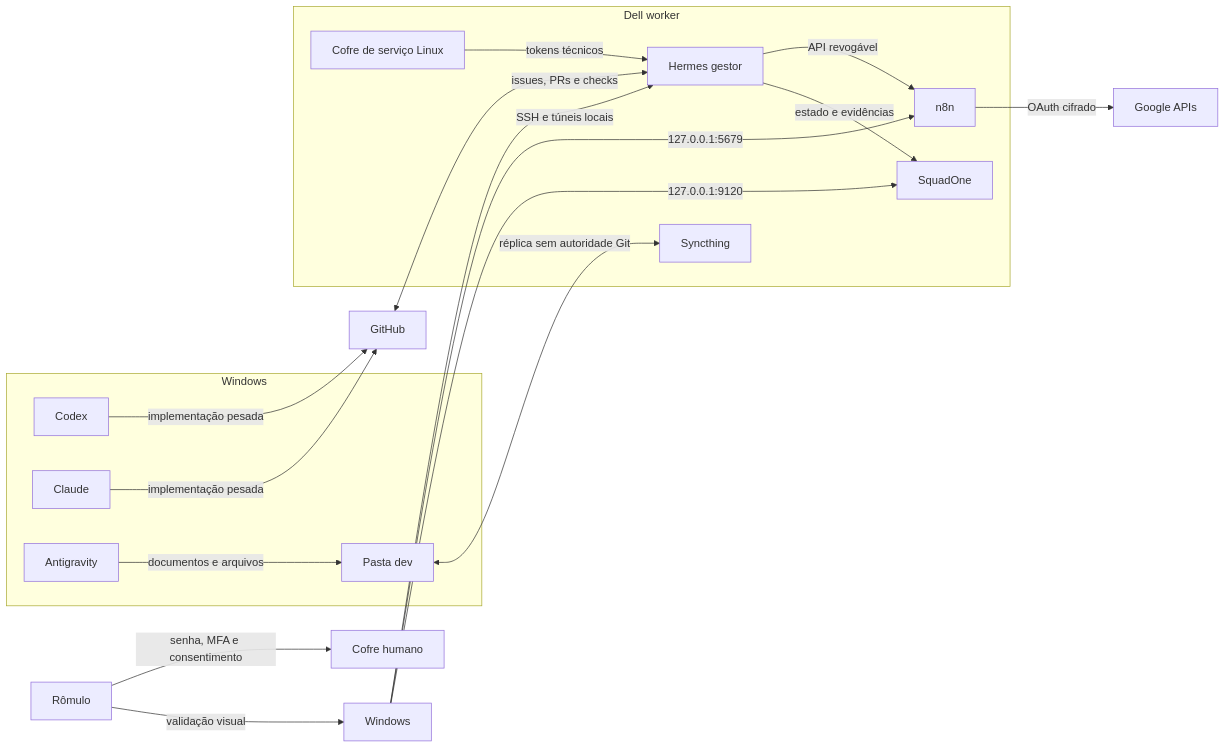
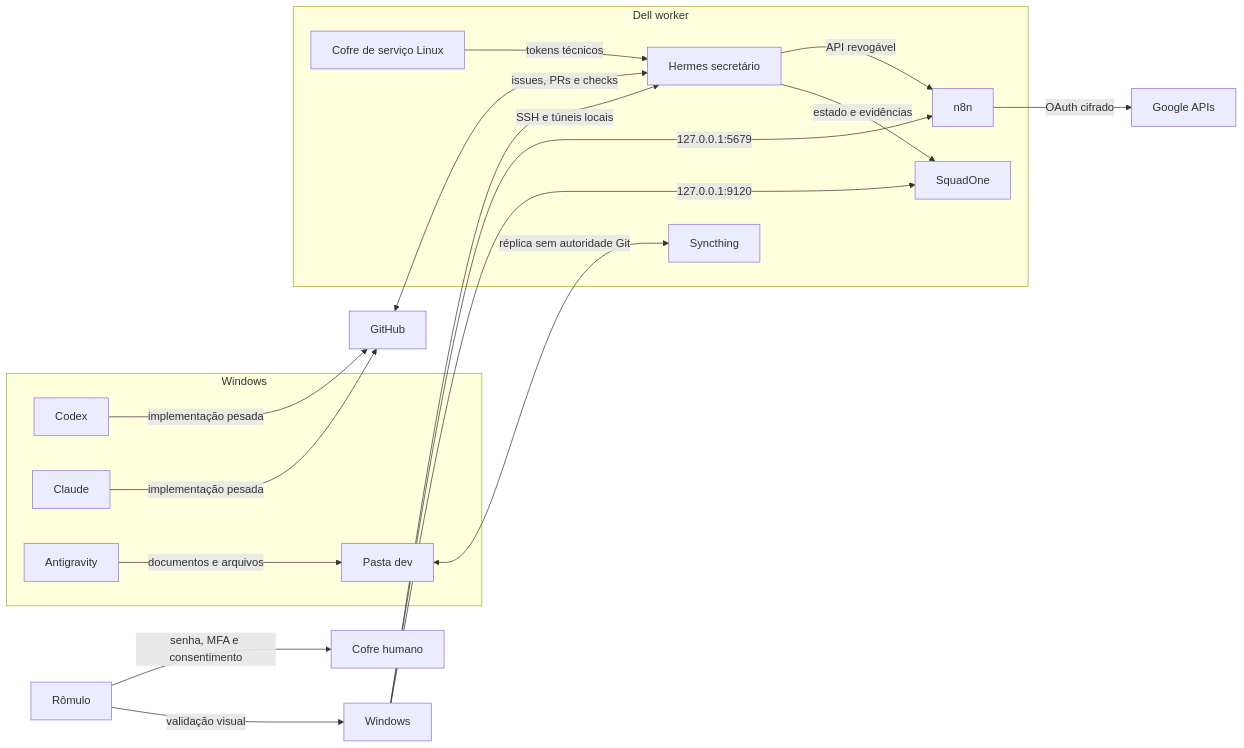
One commit to romulosutil/SquadOne changed the diagram in docs/OPERATIONS-SECRETS-AND-ORCHESTRATION.md. Above: the diagram before and after it, drawn with Mermaid. The commit also changed 10 other files, not shown here.

````diff
--- a/docs/OPERATIONS-SECRETS-AND-ORCHESTRATION.md
+++ b/docs/OPERATIONS-SECRETS-AND-ORCHESTRATION.md
@@ -5,33 +5,33 @@
 ```mermaid
 flowchart LR
   U[Rômulo] -->|senha, MFA e consentimento| HV[Cofre humano]
   U -->|validação visual| W[Windows]
 
   subgraph Windows
     C[Codex]
     CL[Claude]
     A[Antigravity]
     D[Pasta dev]
   end
 
   subgraph Dell worker
-    H[Hermes gestor]
+    H[Hermes secretário]
     N[n8n]
     LS[Cofre de serviço Linux]
     S[SquadOne]
     SY[Syncthing]
   end
 
   C -->|implementação pesada| GH[GitHub]
   CL -->|implementação pesada| GH
   A -->|documentos e arquivos| D
   D <-->|réplica sem autoridade Git| SY
   GH <-->|issues, PRs e checks| H
   H -->|API revogável| N
   LS -->|tokens técnicos| H
   N -->|OAuth cifrado| G[Google APIs]
   H -->|estado e evidências| S
   W -->|SSH e túneis locais| H
   W -->|127.0.0.1:5679| N
   W -->|127.0.0.1:9120| S
 ```
````
